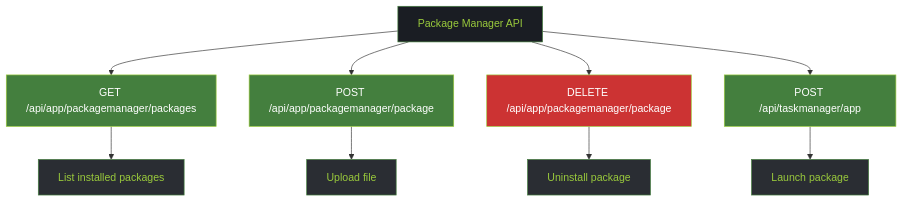
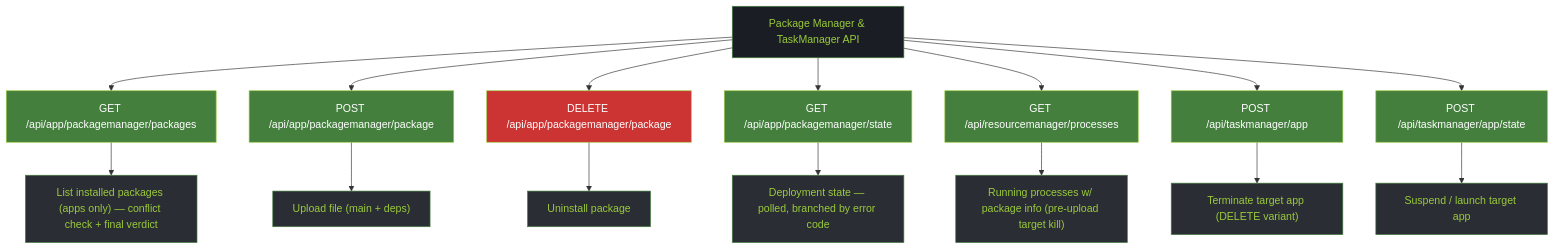
One commit to marcelofrau/xb-homebrew-vault changed the ninth of 9 diagrams in docs/integration-package-installation-flow.md. Above: the diagram before and after it, drawn with Mermaid. The commit also changed other lines of this file and 6 other files, not shown here.

First line of the commit message:
fix(xbox): dep install hang — target-only kill, skip present deps, authoritative final verify

````diff
--- a/docs/integration-package-installation-flow.md
+++ b/docs/integration-package-installation-flow.md
@@ -674,29 +622,44 @@
 ```mermaid
 graph TD
-    A["Package Manager API"]
-    
+    A["Package Manager & TaskManager API"]
+
     B["GET /api/app/packagemanager/packages"]
     C["POST /api/app/packagemanager/package"]
     D["DELETE /api/app/packagemanager/package"]
-    E["POST /api/taskmanager/app"]
-    
+    S["GET /api/app/packagemanager/state"]
+    P["GET /api/resourcemanager/processes"]
+    T["POST /api/taskmanager/app"]
+    TS["POST /api/taskmanager/app/state"]
+
     A --> B
     A --> C
     A --> D
-    A --> E
-    
-    B --> B_DESC["List installed packages"]
-    C --> C_DESC["Upload file"]
+    A --> S
+    A --> P
+    A --> T
+    A --> TS
+
+    B --> B_DESC["List installed packages (apps only) — conflict check + final verdict"]
+    C --> C_DESC["Upload file (main + deps)"]
     D --> D_DESC["Uninstall package"]
-    E --> E_DESC["Launch package"]
-    
+    S --> S_DESC["Deployment state — polled, branched by error code"]
+    P --> P_DESC["Running processes w/ package info (pre-upload target kill)"]
+    T --> T_DESC["Terminate target app (DELETE variant)"]
+    TS --> TS_DESC["Suspend / launch target app"]
+
     style A fill:#1A1D23,stroke:#447F3E,color:#9ACA3C
     style B fill:#447F3E,stroke:#9ACA3C,color:#fff
     style C fill:#447F3E,stroke:#9ACA3C,color:#fff
     style D fill:#CC3333,stroke:#9ACA3C,color:#fff
-    style E fill:#447F3E,stroke:#9ACA3C,color:#fff
+    style S fill:#447F3E,stroke:#9ACA3C,color:#fff
+    style P fill:#447F3E,stroke:#9ACA3C,color:#fff
+    style T fill:#447F3E,stroke:#9ACA3C,color:#fff
+    style TS fill:#447F3E,stroke:#9ACA3C,color:#fff
     style B_DESC fill:#2A2D33,stroke:#447F3E,color:#9ACA3C
     style C_DESC fill:#2A2D33,stroke:#447F3E,color:#9ACA3C
     style D_DESC fill:#2A2D33,stroke:#447F3E,color:#9ACA3C
-    style E_DESC fill:#2A2D33,stroke:#447F3E,color:#9ACA3C
+    style S_DESC fill:#2A2D33,stroke:#447F3E,color:#9ACA3C
+    style P_DESC fill:#2A2D33,stroke:#447F3E,color:#9ACA3C
+    style T_DESC fill:#2A2D33,stroke:#447F3E,color:#9ACA3C
+    style TS_DESC fill:#2A2D33,stroke:#447F3E,color:#9ACA3C
 ```
````
